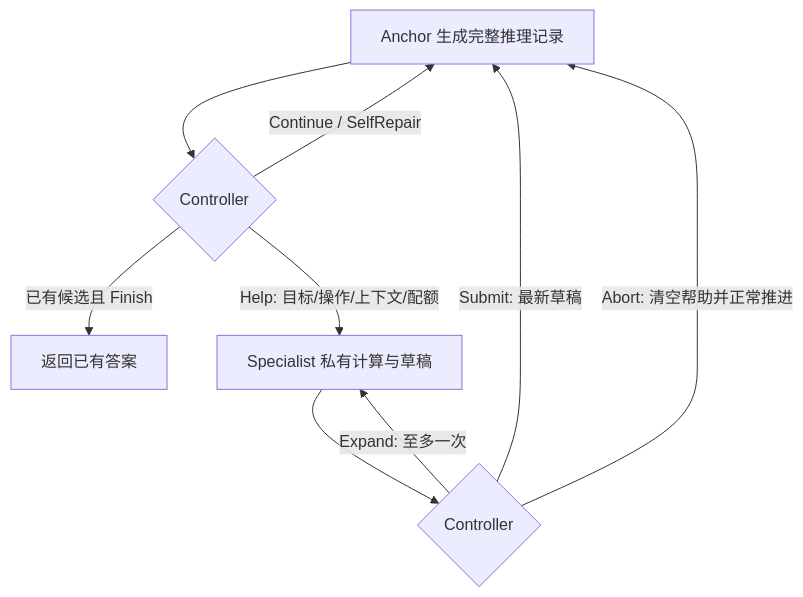
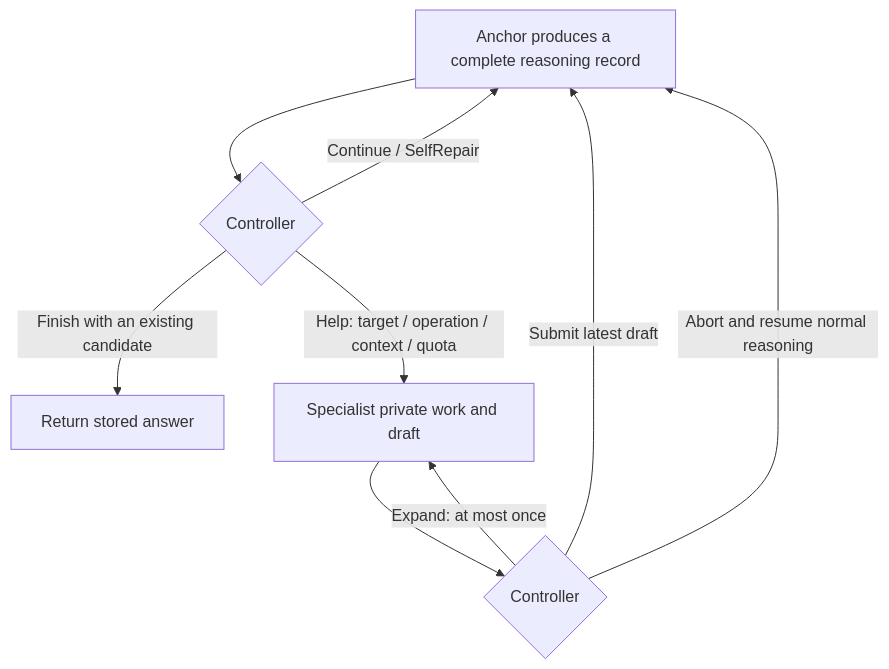
Before and after one commit to MagicVicCoder/DARI_MAS: the diagram in README.md, drawn with Mermaid. The commit also changed other lines of this file, not shown here.

````diff
--- a/README.md
+++ b/README.md
@@ -30,11 +30,11 @@
 ```mermaid
 flowchart TD
-    A[Anchor 生成完整推理记录] --> C{Controller}
+    A[Anchor produces a complete reasoning record] --> C{Controller}
     C -->|Continue / SelfRepair| A
-    C -->|已有候选且 Finish| F[返回已有答案]
-    C -->|Help: 目标/操作/上下文/配额| S[Specialist 私有计算与草稿]
+    C -->|Finish with an existing candidate| F[Return stored answer]
+    C -->|Help: target / operation / context / quota| S[Specialist private work and draft]
     S --> H{Controller}
-    H -->|Expand: 至多一次| S
-    H -->|Submit: 最新草稿| A
-    H -->|Abort: 清空帮助并正常推进| A
+    H -->|Expand: at most once| S
+    H -->|Submit latest draft| A
+    H -->|Abort and resume normal reasoning| A
 ```
````
